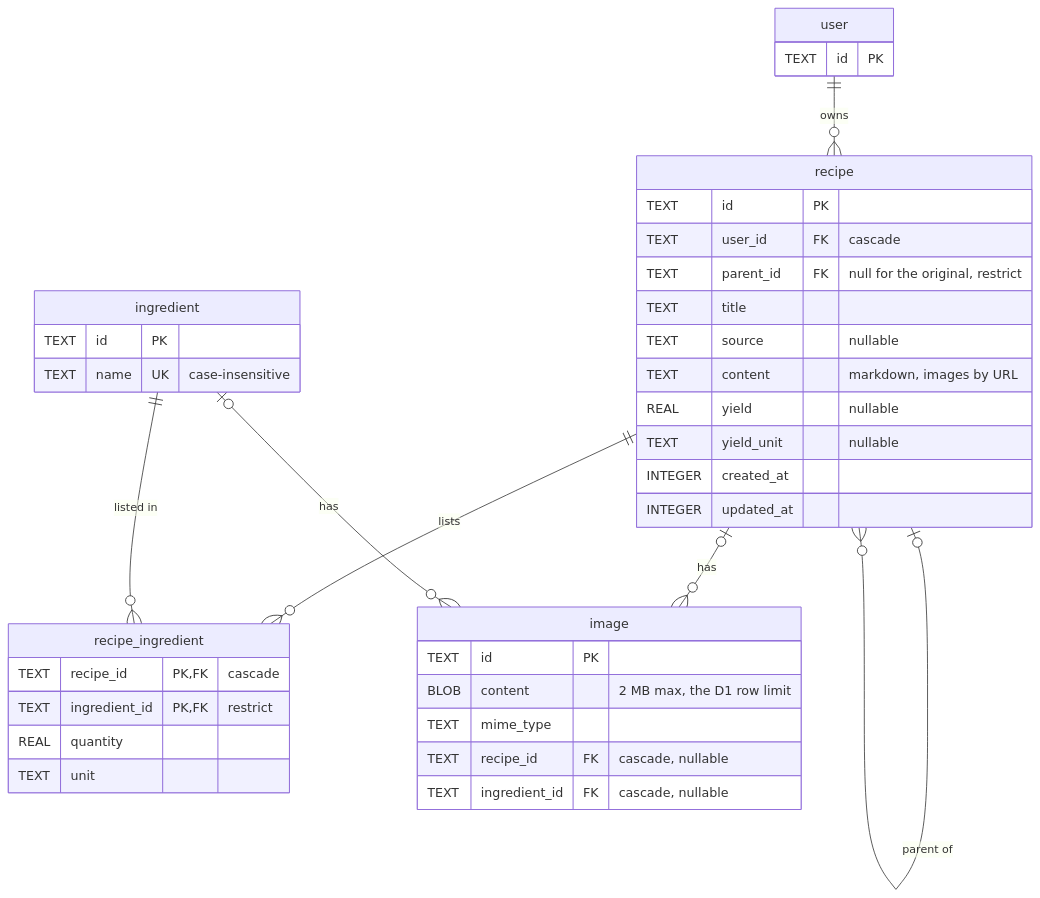
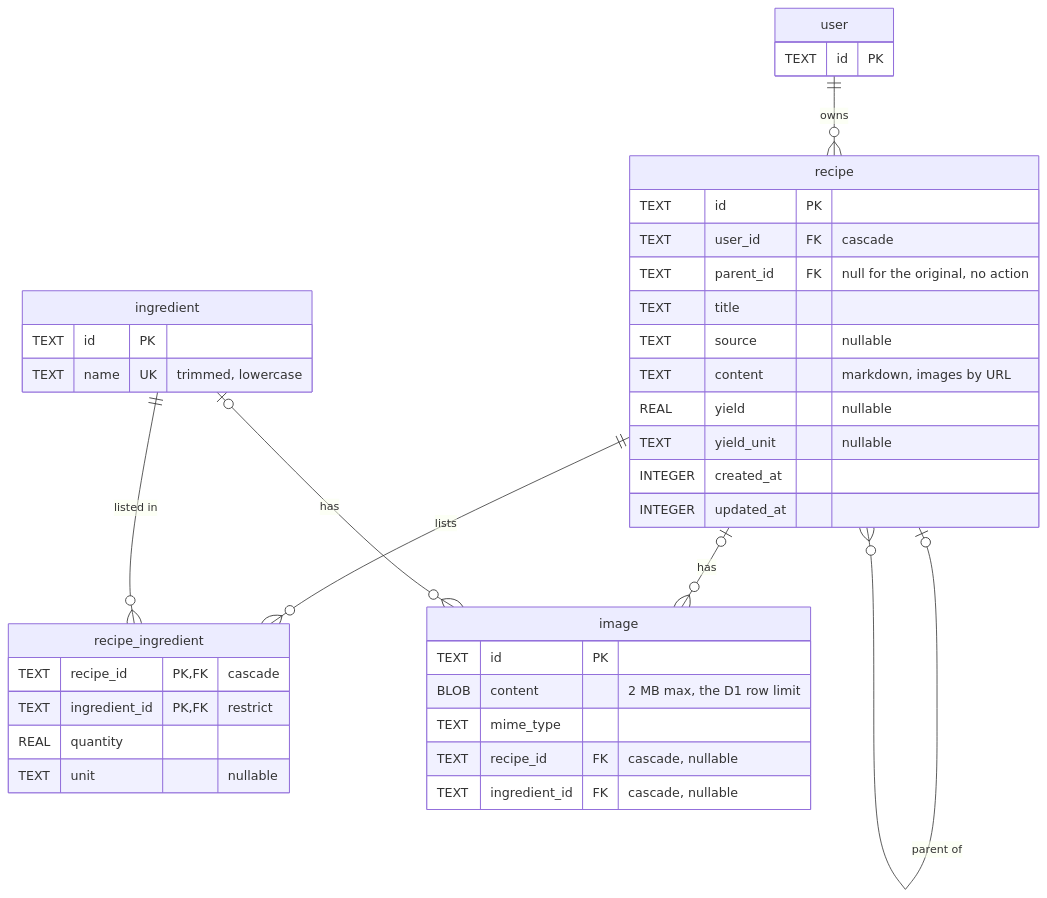
The diagram in packages/db/schema.md (felipeadeildo/hannibox), drawn with Mermaid before and after one commit. The commit also changed other lines of this file and 10 other files, not shown here.

````diff
--- a/packages/db/schema.md
+++ b/packages/db/schema.md
@@ -5,46 +5,46 @@
 ```mermaid
 erDiagram
     user ||--o{ recipe : owns
     recipe |o--o{ recipe : "parent of"
     recipe ||--o{ recipe_ingredient : lists
     ingredient ||--o{ recipe_ingredient : "listed in"
     recipe |o--o{ image : has
     ingredient |o--o{ image : has
 
     user {
         TEXT id PK
     }
 
     recipe {
         TEXT id PK
         TEXT user_id FK "cascade"
-        TEXT parent_id FK "null for the original, restrict"
+        TEXT parent_id FK "null for the original, no action"
         TEXT title
         TEXT source "nullable"
         TEXT content "markdown, images by URL"
         REAL yield "nullable"
         TEXT yield_unit "nullable"
         INTEGER created_at
         INTEGER updated_at
     }
 
     ingredient {
         TEXT id PK
-        TEXT name UK "case-insensitive"
+        TEXT name UK "trimmed, lowercase"
     }
 
     recipe_ingredient {
         TEXT recipe_id PK, FK "cascade"
         TEXT ingredient_id PK, FK "restrict"
         REAL quantity
-        TEXT unit
+        TEXT unit "nullable"
     }
 
     image {
         TEXT id PK
         BLOB content "2 MB max, the D1 row limit"
         TEXT mime_type
         TEXT recipe_id FK "cascade, nullable"
         TEXT ingredient_id FK "cascade, nullable"
     }
 ```
````
